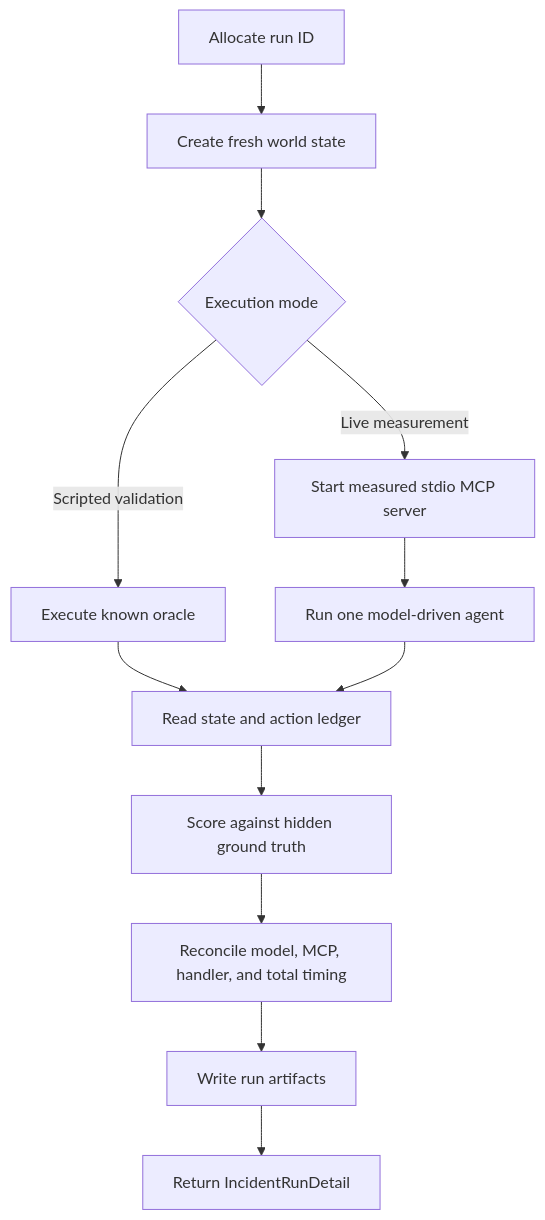
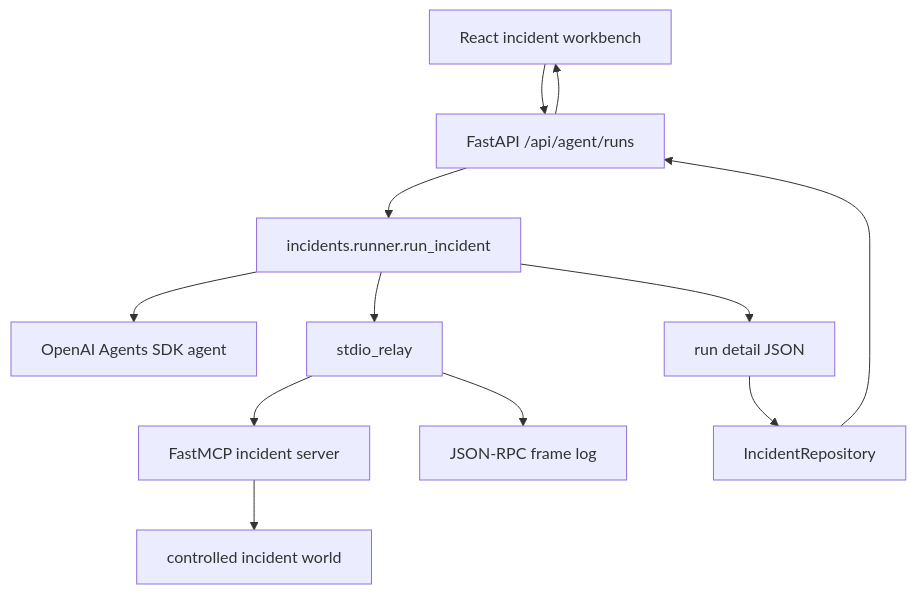
One commit to madhavpr191221/agentic-ai-statistics changed the diagram in docs/CODE_FLOW.md. Above: the diagram before and after it, drawn with Mermaid. The commit also changed other lines of this file and 46 other files, not shown here.

````diff
--- a/docs/CODE_FLOW.md
+++ b/docs/CODE_FLOW.md
@@ -81,14 +5,14 @@
 ```mermaid
 flowchart TD
-    A[Allocate run ID] --> B[Create fresh world state]
-    B --> C{Execution mode}
-    C -->|Scripted validation| D[Execute known oracle]
-    C -->|Live measurement| E[Start measured stdio MCP server]
-    E --> F[Run one model-driven agent]
-    D --> G[Read state and action ledger]
-    F --> G
-    G --> H[Score against hidden ground truth]
-    H --> I[Reconcile model, MCP, handler, and total timing]
-    I --> J[Write run artifacts]
-    J --> K[Return IncidentRunDetail]
+    UI[React incident workbench] --> API[FastAPI /api/agent/runs]
+    API --> Runner[incidents.runner.run_incident]
+    Runner --> Agent[OpenAI Agents SDK agent]
+    Runner --> Relay[stdio_relay]
+    Relay --> Server[FastMCP incident server]
+    Server --> World[controlled incident world]
+    Relay --> Frames[JSON-RPC frame log]
+    Runner --> Detail[run detail JSON]
+    Detail --> Repo[IncidentRepository]
+    Repo --> API
+    API --> UI
 ```
````
